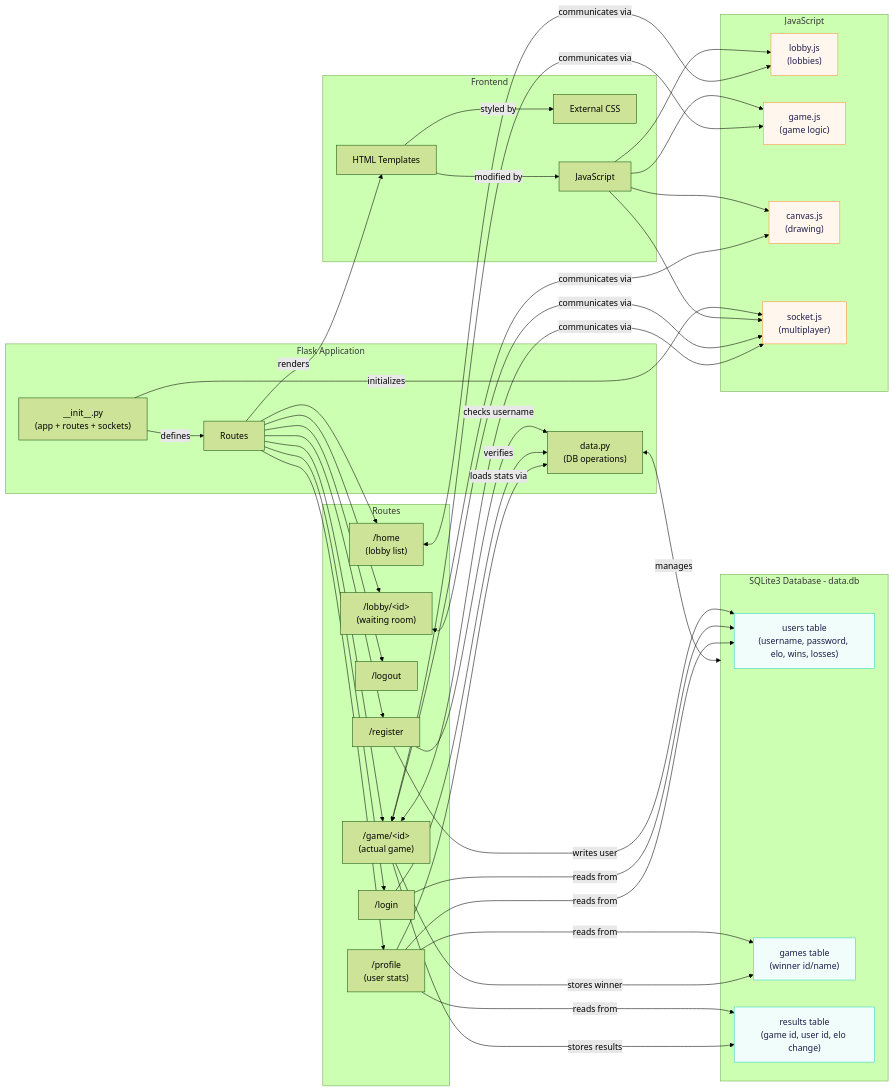
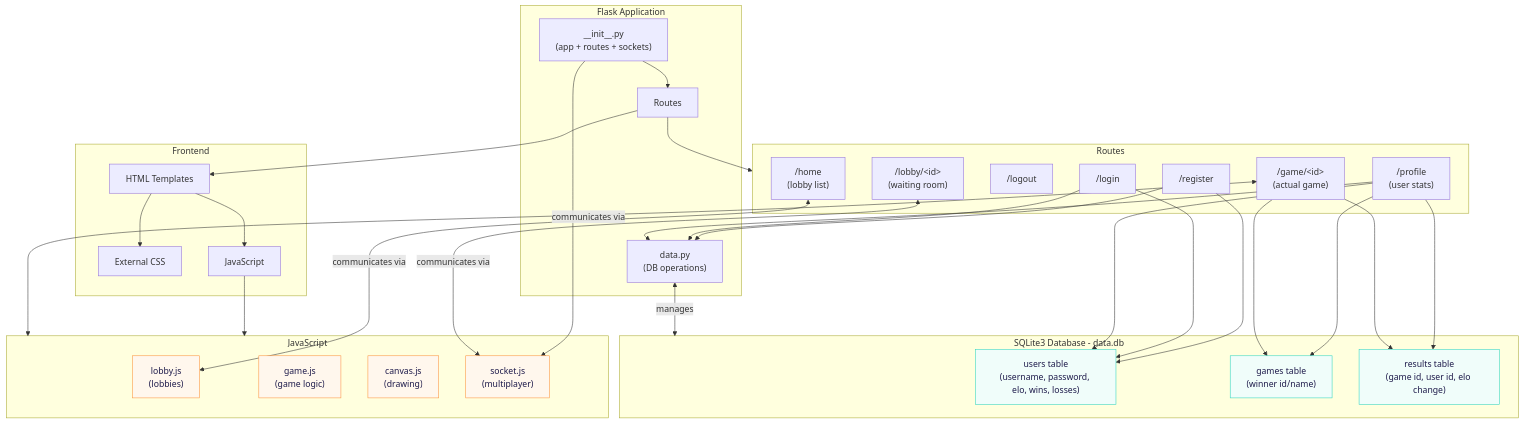
Before and after one commit to SadgeCat/CopyrightedArtist: the first of 2 diagrams in design.md, drawn with Mermaid.

Commit message:
upd design doc

````diff
--- a/design.md
+++ b/design.md
@@ -43,66 +43,79 @@
 ```mermaid
----
-config:
-  theme: forest
----
-flowchart LR
+flowchart TB
  subgraph FlaskApp["Flask Application"]
         Init["__init__.py<br>(app + routes + sockets)"]
         Routes["Routes"]
         DataPy["data.py<br>(DB operations)"]
   end
+
  subgraph RoutesDetail["Routes"]
         Register["/register"]
         Login["/login"]
         Logout["/logout"]
         Home["/home<br>(lobby list)"]
         Lobby["/lobby/&lt;id&gt;<br>(waiting room)"]
         Game["/game/&lt;id&gt;<br>(actual game)"]
         Profile["/profile<br>(user stats)"]
   end
+
  subgraph Database["SQLite3 Database - data.db"]
         UsersTable["users table<br>(username, password, elo, wins, losses)"]
         GamesTable["games table<br>(winner id/name)"]
         ResultsTable["results table<br>(game id, user id, elo change)"]
   end
+
  subgraph Frontend["Frontend"]
         HTML["HTML Templates"]
         CSS["External CSS"]
         JS["JavaScript"]
   end
+
  subgraph JSModules["JavaScript"]
         LobbyJS["lobby.js<br>(lobbies)"]
         GameJS["game.js<br>(game logic)"]
         CanvasJS["canvas.js<br>(drawing)"]
         SocketJS["socket.js<br>(multiplayer)"]
   end
-    Init -- defines --> Routes
-    Init -- initializes --> SocketJS
-    Routes --> Register & Login & Logout & Home & Lobby & Game & Profile
-    Register -- checks username --> DataPy
-    Register -- writes user --> UsersTable
-    Login -- verifies --> DataPy
-    Login -- reads from --> UsersTable
-    Profile -- loads stats via --> DataPy
-    Profile -- reads from --> UsersTable & GamesTable & ResultsTable
+
+    Init --> Routes
+    Init --> SocketJS
+
+    Routes --> RoutesDetail
+
+    Register --> DataPy
+    Register --> UsersTable
+
+    Login --> DataPy
+    Login --> UsersTable
+
+    Profile --> DataPy
+    Profile --> UsersTable
+    Profile --> GamesTable
+    Profile --> ResultsTable
+
     DataPy <-- manages --> Database
-    Game -- stores winner --> GamesTable
-    Game -- stores results --> ResultsTable
-    Routes -- renders --> HTML
-    HTML -- styled by --> CSS
-    HTML -- modified by --> JS
-    JS --> LobbyJS & GameJS & CanvasJS & SocketJS
+
+    Game --> GamesTable
+    Game --> ResultsTable
+
+    Routes --> HTML
+    HTML --> CSS
+    HTML --> JS
+
+    JS --> JSModules
+
     Home <-- communicates via --> LobbyJS
     Lobby <-- communicates via --> SocketJS
-    Game <-- communicates via --> GameJS & CanvasJS & SocketJS
+    Game <-- communicates via --> JSModules
 
      UsersTable:::dbNode
      GamesTable:::dbNode
      ResultsTable:::dbNode
      LobbyJS:::jsNode
      GameJS:::jsNode
      CanvasJS:::jsNode
      SocketJS:::jsNode
+
     classDef dbNode stroke:#2dd4bf,fill:#f0fdfa,color:#1e1b4b
     classDef jsNode stroke:#fb923c,fill:#fff7ed,color:#1e1b4b
 ```
````
